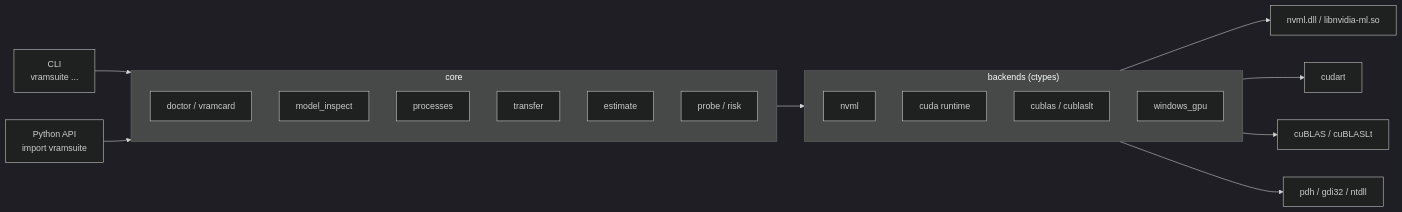
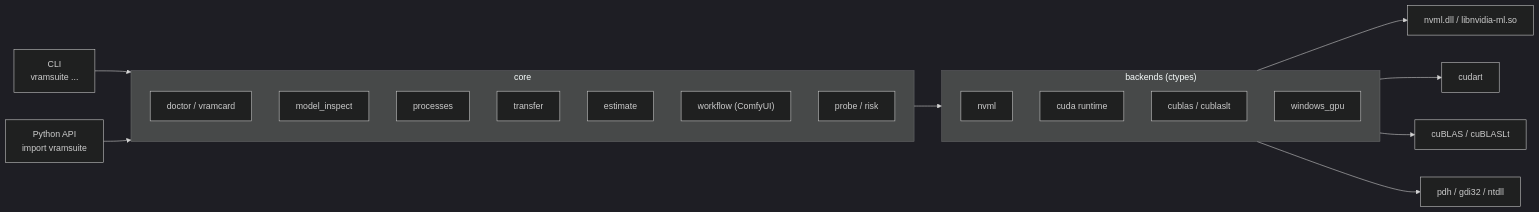
The diagram in README.md (k1n0F/vramsuite), drawn with Mermaid (dark theme) before and after one commit. The commit also changed other lines of this file and 7 other files, not shown here.

Commit message:
feat(workflow): estimate VRAM for ComfyUI workflows (UI and API formats)

````diff
--- a/README.md
+++ b/README.md
@@ -92,29 +93,30 @@
 ```mermaid
 flowchart LR
     CLI["CLI<br/>vramsuite ..."] --> CORE
     API["Python API<br/>import vramsuite"] --> CORE
 
     subgraph CORE["core"]
         direction TB
         doctor["doctor / vramcard"]
         inspect["model_inspect"]
         processes["processes"]
         transfer["transfer"]
         estimate["estimate"]
+        workflow["workflow (ComfyUI)"]
         probe["probe / risk"]
     end
 
     subgraph BACKENDS["backends (ctypes)"]
         direction TB
         nvml["nvml"]
         cuda["cuda runtime"]
         blas["cublas / cublaslt"]
         win["windows_gpu"]
     end
 
     CORE --> BACKENDS
     nvml --> NV["nvml.dll / libnvidia-ml.so"]
     cuda --> RT["cudart"]
     blas --> BL["cuBLAS / cuBLASLt"]
     win --> OS["pdh / gdi32 / ntdll"]
 ```
````
